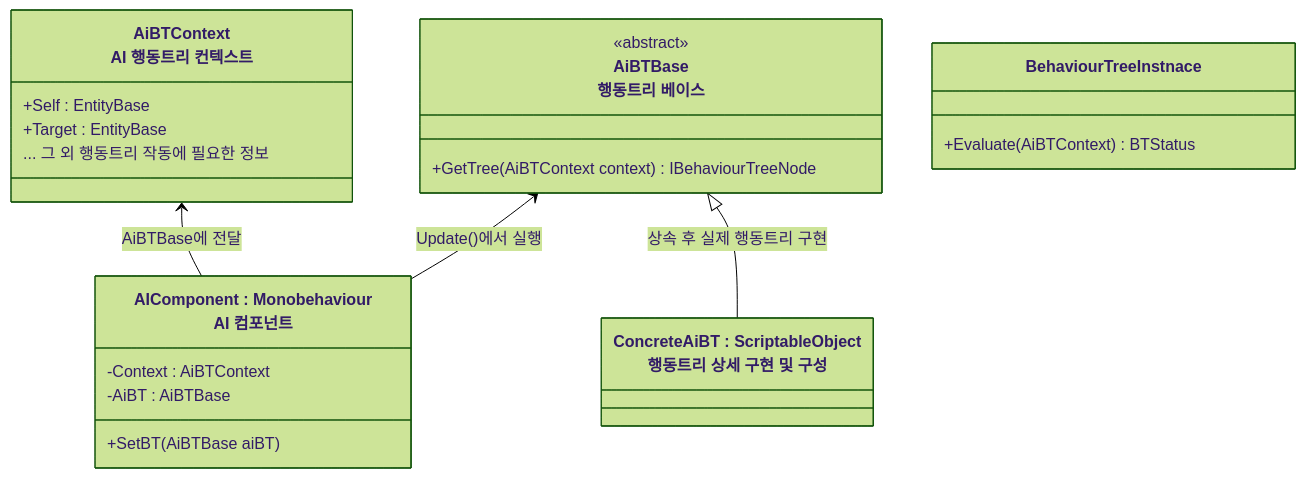
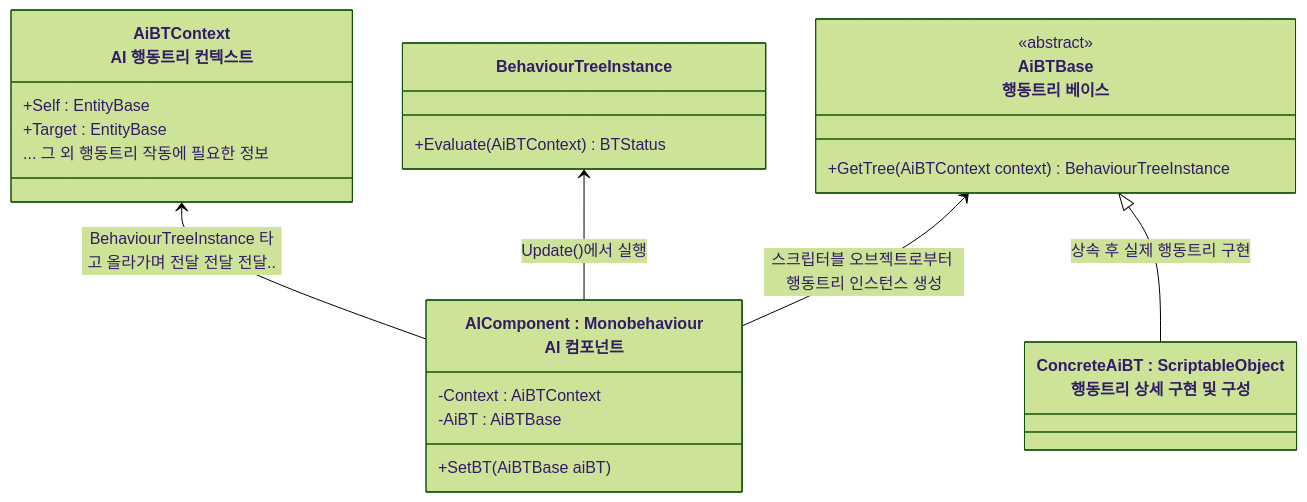
Before and after one commit to JIN5EOK/DungeonShooter: the diagram in README/행동트리_설계.md, drawn with Mermaid (forest theme).

````diff
--- a/README/행동트리_설계.md
+++ b/README/행동트리_설계.md
@@ -7,30 +7,31 @@
 ```mermaid
 classDiagram
     class AiBTContext["AiBTContext<br>AI 행동트리 컨텍스트"]{
         +Self : EntityBase
         +Target : EntityBase
         ... 그 외 행동트리 작동에 필요한 정보
     }
 
     class AiBTBase["AiBTBase<br>행동트리 베이스"]{
         <<abstract>>
-        +GetTree(AiBTContext context) IBehaviourTreeNode
+        +GetTree(AiBTContext context) BehaviourTreeInstance
     }
 
     class ConcreteAiBT["ConcreteAiBT : ScriptableObject<br>행동트리 상세 구현 및 구성"]{
         
     }
 
-    class BehaviourTreeInstnace{
+    class BehaviourTreeInstance{
         +Evaluate(AiBTContext) BTStatus
     }
 
     class AIComponent["AIComponent : Monobehaviour<br>AI 컴포넌트"]{
         -Context : AiBTContext
         -AiBT : AiBTBase
         +SetBT(AiBTBase aiBT)
     }
-    AiBTContext <-- AIComponent : AiBTBase에 전달
-    AiBTBase <-- AIComponent : Update()에서 실행
+    AiBTContext <-- AIComponent : BehaviourTreeInstance 타고 올라가며 전달 전달 전달..
+    BehaviourTreeInstance <-- AIComponent : Update()에서 실행
     AiBTBase <|-- ConcreteAiBT : 상속 후 실제 행동트리 구현
+    AiBTBase <-- AIComponent : 스크립터블 오브젝트로부터 행동트리 인스턴스 생성
 ```
````
